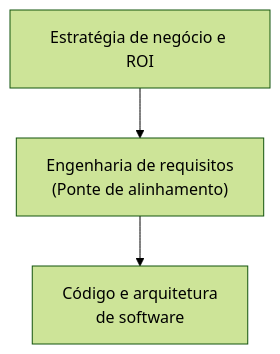
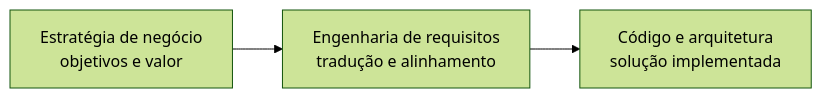
The diagram in 07. Engenharia de Requisitos/02. Engenharia de requisitos e negócios - o alinhamento estratégico.md (leorruas/puc), drawn with Mermaid (forest theme) before and after one commit.

Commit message:
Normaliza Mermaid de alinhamento estratégico

````diff
--- a/07. Engenharia de Requisitos/02. Engenharia de requisitos e negócios - o alinhamento estratégico.md
+++ b/07. Engenharia de Requisitos/02. Engenharia de requisitos e negócios - o alinhamento estratégico.md
@@ -46,5 +46,9 @@
 ```mermaid
-flowchart TD
-    NodeA["Estratégia de negócio e ROI"] --> NodeB["Engenharia de requisitos<br>(Ponte de alinhamento)"]
-    NodeB --> NodeC["Código e arquitetura<br>de software"]
+flowchart LR
+    Estrategia["Estratégia de negócio<br>objetivos e valor"]:::external
+    Requisitos["Engenharia de requisitos<br>tradução e alinhamento"]:::core
+    Solucao["Código e arquitetura<br>solução implementada"]:::component
+
+    Estrategia --> Requisitos
+    Requisitos --> Solucao
 ```
````
